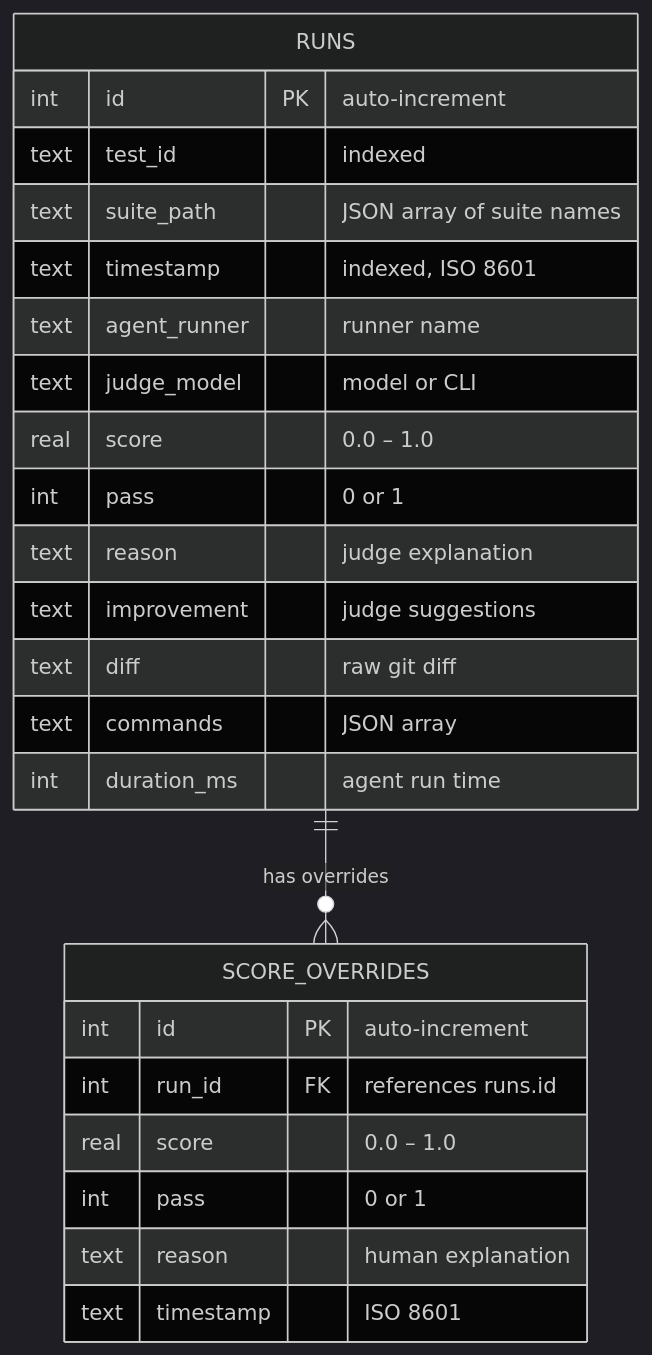
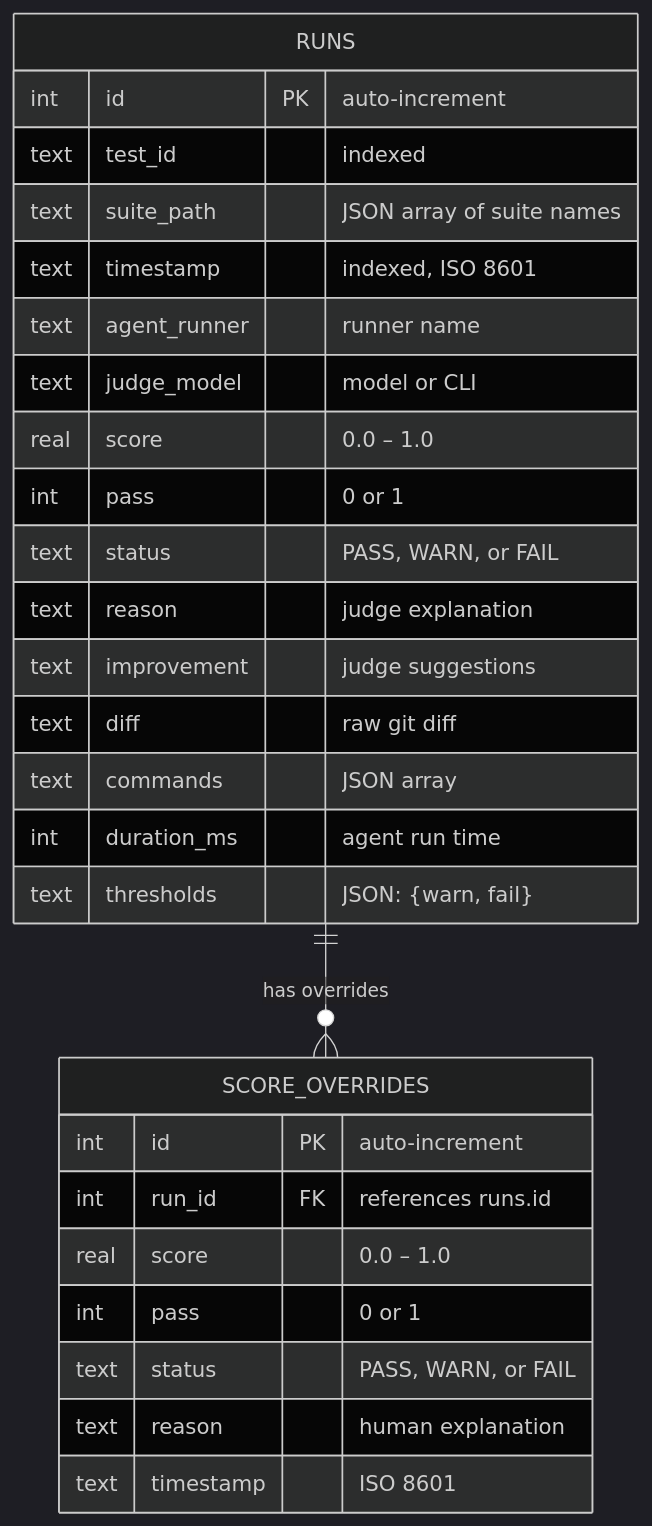
The first of 2 diagrams in apps/docs/api/ledger.md (Tlahey/agent-eval), drawn with Mermaid (dark theme) before and after one commit. The commit also changed other lines of this file and 10 other files, not shown here.

````diff
--- a/apps/docs/api/ledger.md
+++ b/apps/docs/api/ledger.md
@@ -97,27 +98,30 @@
 ```mermaid
 erDiagram
     RUNS {
         int id PK "auto-increment"
         text test_id "indexed"
         text suite_path "JSON array of suite names"
         text timestamp "indexed, ISO 8601"
         text agent_runner "runner name"
         text judge_model "model or CLI"
         real score "0.0 – 1.0"
         int pass "0 or 1"
+        text status "PASS, WARN, or FAIL"
         text reason "judge explanation"
         text improvement "judge suggestions"
         text diff "raw git diff"
         text commands "JSON array"
         int duration_ms "agent run time"
+        text thresholds "JSON: {warn, fail}"
     }
     SCORE_OVERRIDES {
         int id PK "auto-increment"
         int run_id FK "references runs.id"
         real score "0.0 – 1.0"
         int pass "0 or 1"
+        text status "PASS, WARN, or FAIL"
         text reason "human explanation"
         text timestamp "ISO 8601"
     }
     RUNS ||--o{ SCORE_OVERRIDES : "has overrides"
 ```
````
